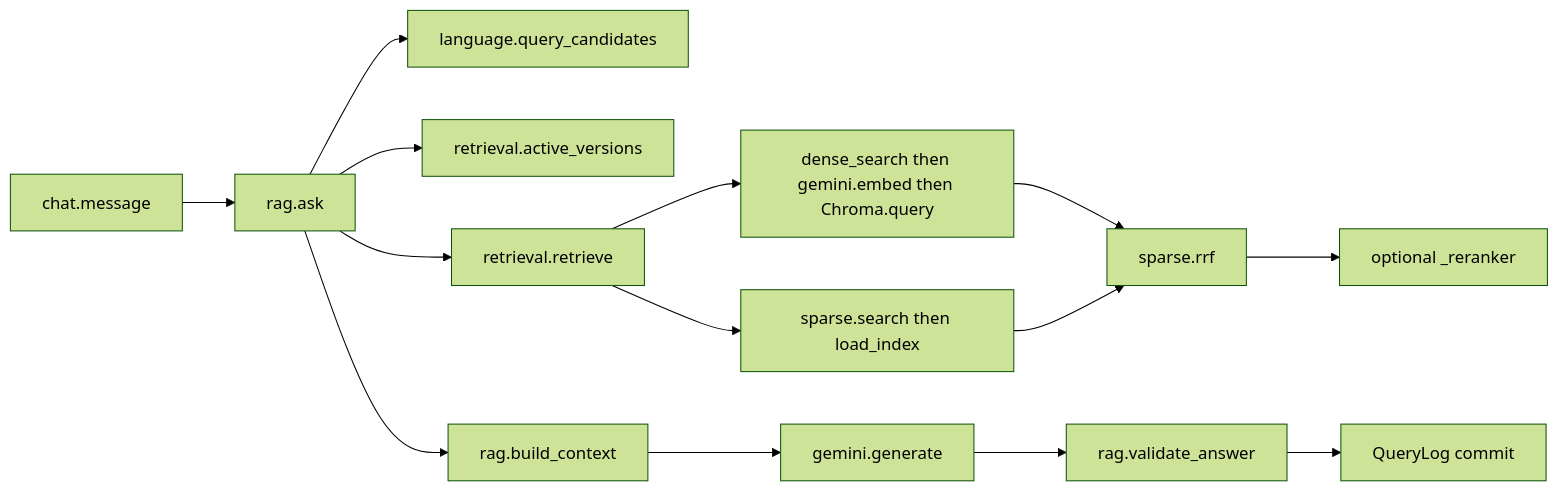
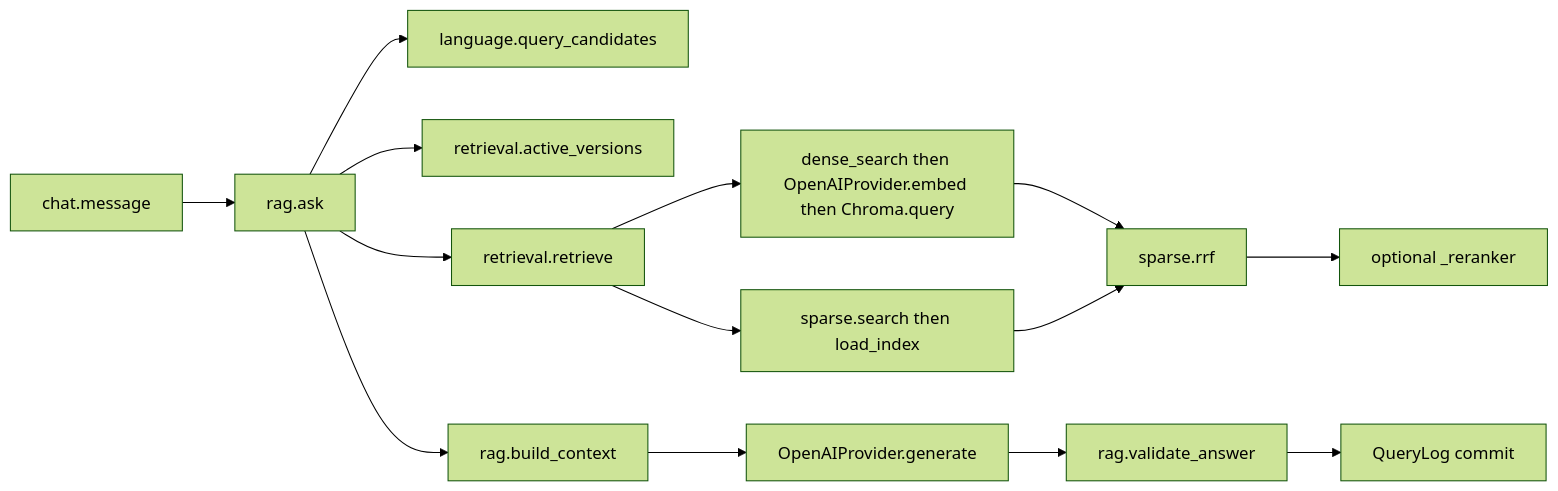
One commit to Dorjnyam/rag_chatbot_try changed diagram 14 of 15 in documentation/08-advanced-rag-implementation.md. Above: the diagram before and after it, drawn with Mermaid (forest theme). The commit also changed other lines of this file and 50 other files, not shown here.

````diff
--- a/documentation/08-advanced-rag-implementation.md
+++ b/documentation/08-advanced-rag-implementation.md
@@ -188,16 +188,16 @@
 ```mermaid
 flowchart LR
   message["chat.message"] --> ask["rag.ask"]
   ask --> candidates["language.query_candidates"]
   ask --> versions["retrieval.active_versions"]
   ask --> retrieve["retrieval.retrieve"]
-  retrieve --> dense["dense_search then gemini.embed then Chroma.query"]
+  retrieve --> dense["dense_search then OpenAIProvider.embed then Chroma.query"]
   retrieve --> sparse["sparse.search then load_index"]
   dense --> rrf["sparse.rrf"]
   sparse --> rrf
   rrf --> rerank["optional _reranker"]
   ask --> context["rag.build_context"]
-  context --> generate["gemini.generate"]
+  context --> generate["OpenAIProvider.generate"]
   generate --> validate["rag.validate_answer"]
   validate --> log["QueryLog commit"]
 ```
````
